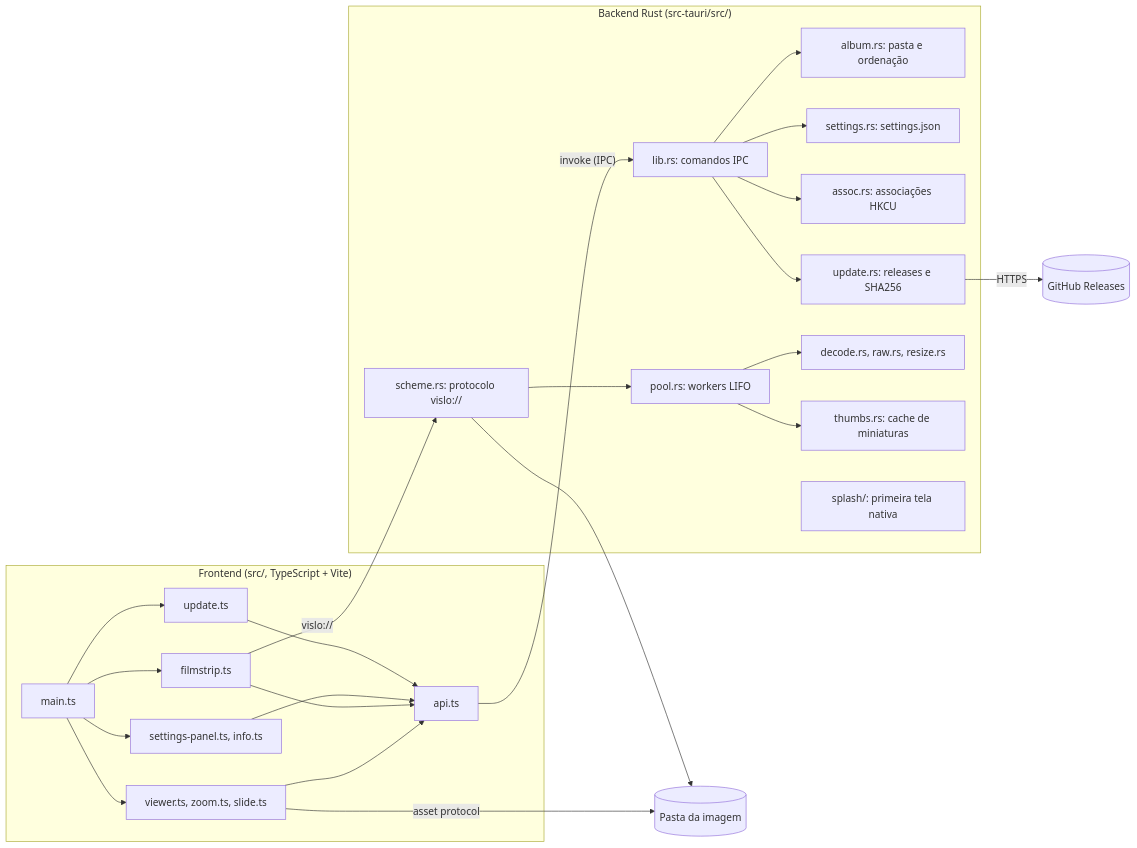
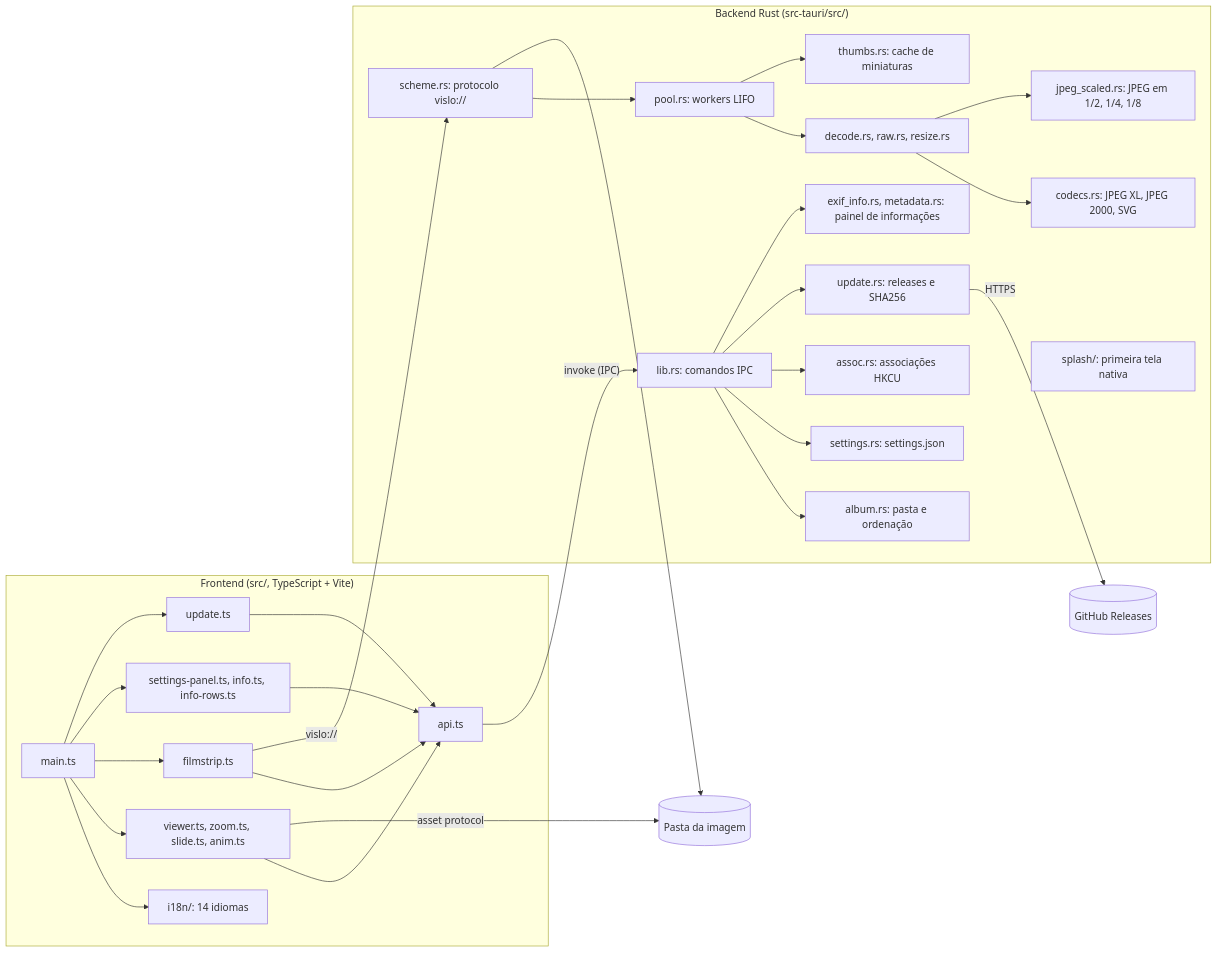
Before and after one commit to juninmd/vislo: the diagram in README.md, drawn with Mermaid. The commit also changed other lines of this file and 8 other files, not shown here.

````diff
--- a/README.md
+++ b/README.md
@@ -150,28 +153,32 @@
 ```mermaid
 flowchart LR
     subgraph Web["Frontend (src/, TypeScript + Vite)"]
-        main["main.ts"] --> viewer["viewer.ts, zoom.ts, slide.ts"]
+        main["main.ts"] --> i18n["i18n/: 14 idiomas"]
+        main --> viewer["viewer.ts, zoom.ts, slide.ts, anim.ts"]
         main --> filmstrip["filmstrip.ts"]
-        main --> panel["settings-panel.ts, info.ts"]
+        main --> panel["settings-panel.ts, info.ts, info-rows.ts"]
         main --> upd["update.ts"]
         viewer --> api["api.ts"]
         filmstrip --> api
         panel --> api
         upd --> api
     end
     subgraph Core["Backend Rust (src-tauri/src/)"]
         lib["lib.rs: comandos IPC"] --> album["album.rs: pasta e ordenação"]
         lib --> settings["settings.rs: settings.json"]
         lib --> assoc["assoc.rs: associações HKCU"]
         lib --> update["update.rs: releases e SHA256"]
         scheme["scheme.rs: protocolo vislo://"] --> pool["pool.rs: workers LIFO"]
         pool --> decode["decode.rs, raw.rs, resize.rs"]
+        decode --> codecs["codecs.rs: JPEG XL, JPEG 2000, SVG"]
+        decode --> jpegs["jpeg_scaled.rs: JPEG em 1/2, 1/4, 1/8"]
+        lib --> meta["exif_info.rs, metadata.rs: painel de informações"]
         pool --> thumbs["thumbs.rs: cache de miniaturas"]
         splash["splash/: primeira tela nativa"]
     end
     api -- "invoke (IPC)" --> lib
     filmstrip -- "vislo://" --> scheme
     viewer -- "asset protocol" --> disk[("Pasta da imagem")]
     scheme --> disk
     update -- "HTTPS" --> gh[("GitHub Releases")]
 ```
````
